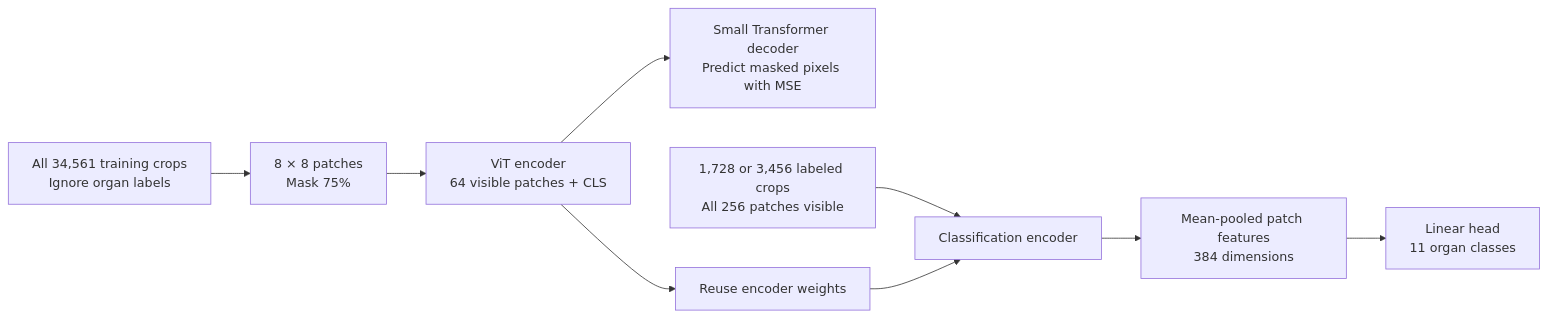
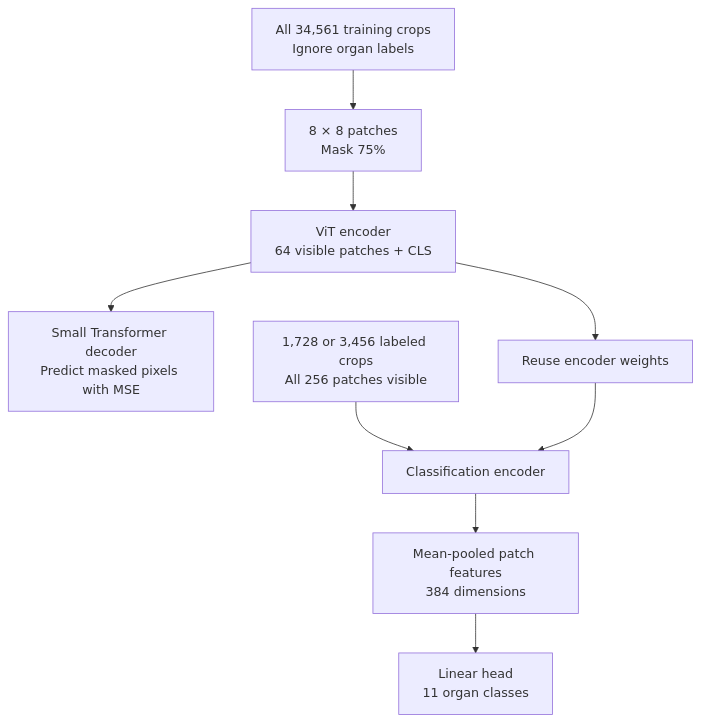
The diagram in README.md (Lawliet-HSGSM/ct-mae), drawn with Mermaid before and after one commit.

Commit message:
docs: keep the pipeline diagram readable within GitHub's page width

````diff
--- a/README.md
+++ b/README.md
@@ -47,11 +47,11 @@
 ```mermaid
-flowchart LR
+flowchart TB
     A[All 34,561 training crops<br/>Ignore organ labels] --> B[8 × 8 patches<br/>Mask 75%]
     B --> C[ViT encoder<br/>64 visible patches + CLS]
     C --> D[Small Transformer decoder<br/>Predict masked pixels with MSE]
     C --> E[Reuse encoder weights]
     F[1,728 or 3,456 labeled crops<br/>All 256 patches visible] --> J[Classification encoder]
     E --> J
     J --> G[Mean-pooled patch features<br/>384 dimensions]
     G --> H[Linear head<br/>11 organ classes]
 ```
````
